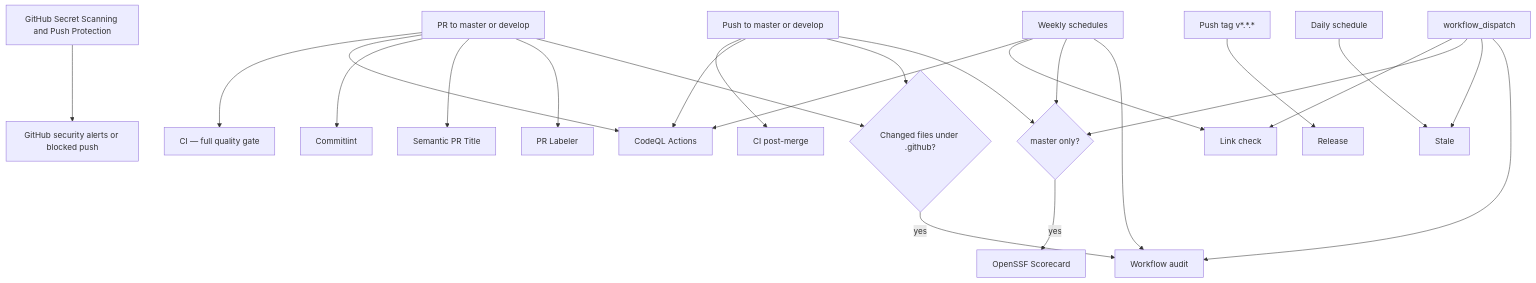
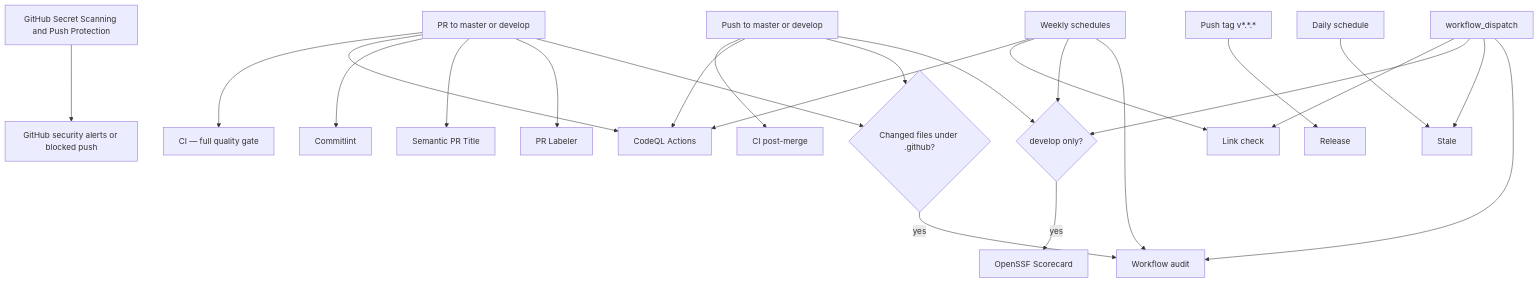
The first of 2 diagrams in WORKFLOWS.md (jooservices/server-installer), drawn with Mermaid before and after one commit. The commit also changed other lines of this file and 1 other file, not shown here.

Commit message:
chore: Align project standards

````diff
--- a/WORKFLOWS.md
+++ b/WORKFLOWS.md
@@ -11,32 +11,32 @@
 ```mermaid
 flowchart TD
     native[GitHub Secret Scanning and Push Protection] --> Alerts[GitHub security alerts or blocked push]
 
     pr[PR to master or develop] --> CI[CI — full quality gate]
     pr --> CodeQL[CodeQL Actions]
     pr --> Commitlint[Commitlint]
     pr --> Semantic[Semantic PR Title]
     pr --> PathLabel[PR Labeler]
     pr --> Audit{Changed files under .github?}
     Audit -->|yes| WorkflowAudit[Workflow audit]
 
     push[Push to master or develop] --> PostMerge[CI post-merge]
     push --> CodeQL
     push --> Audit
-    push --> Scorecard{master only?}
+    push --> Scorecard{develop only?}
     Scorecard -->|yes| ScorecardRun[OpenSSF Scorecard]
 
     tag[Push tag v*.*.*] --> Release[Release]
 
     weekly[Weekly schedules] --> CodeQL
     weekly --> LinkCheck[Link check]
     weekly --> Scorecard
     weekly --> WorkflowAudit
 
     daily[Daily schedule] --> Stale[Stale]
 
     manual[workflow_dispatch] --> LinkCheck
     manual --> Scorecard
     manual --> Stale
     manual --> WorkflowAudit
 ```
````
